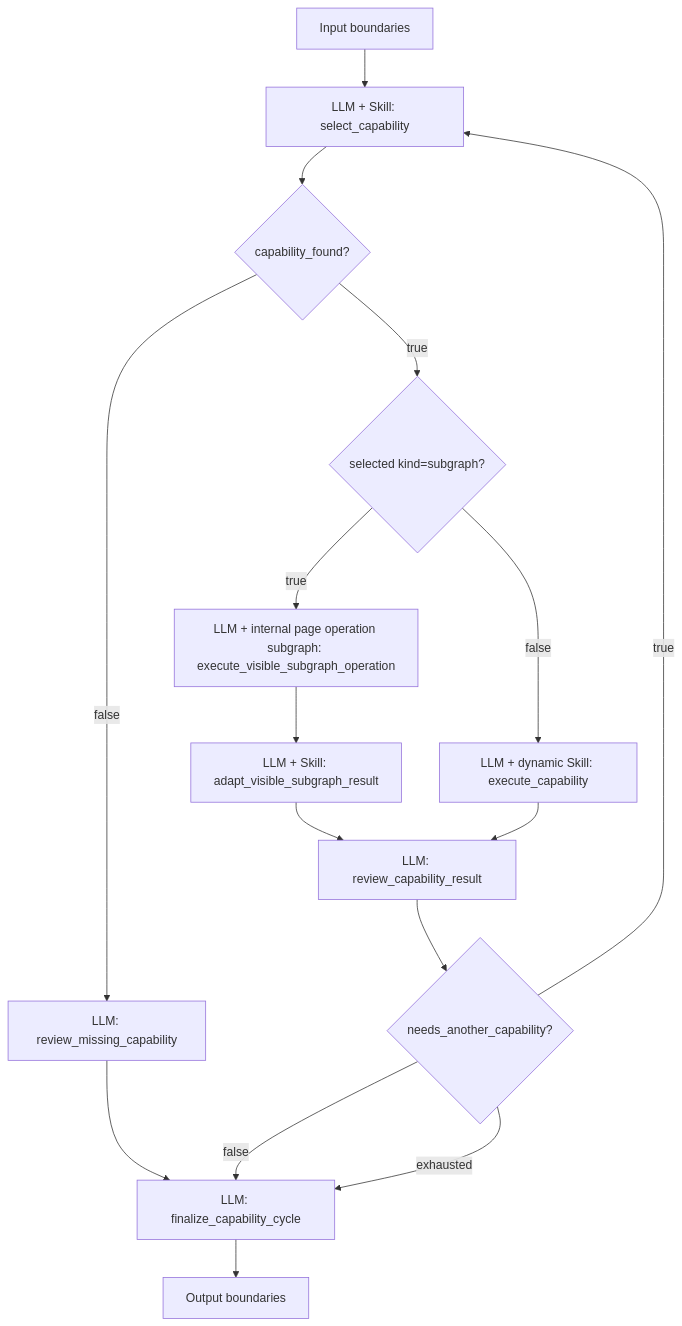
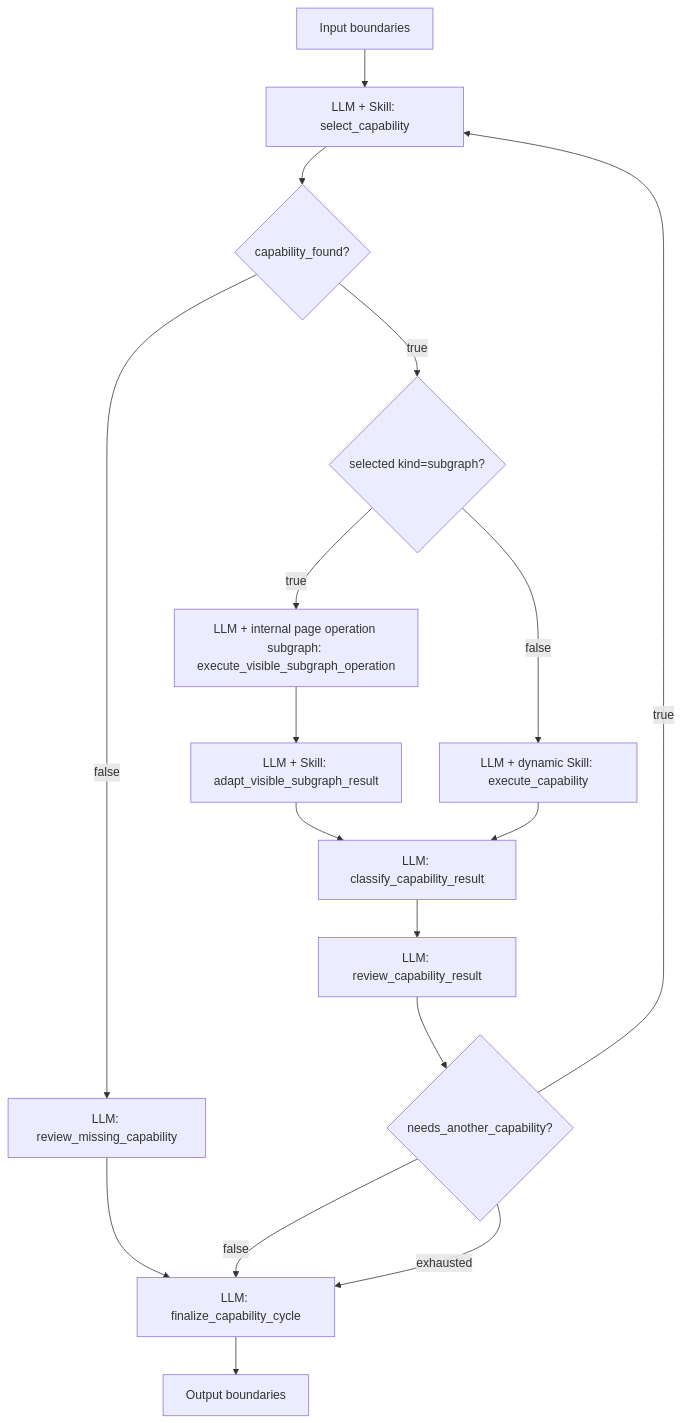
One commit to link-1069/TooGraph changed the fifth of 7 diagrams in docs/future/buddy-autonomous-agent-roadmap.md. Above: the diagram before and after it, drawn with Mermaid. The commit also changed other lines of this file and 1 other file, not shown here.

````diff
--- a/docs/future/buddy-autonomous-agent-roadmap.md
+++ b/docs/future/buddy-autonomous-agent-roadmap.md
@@ -255,18 +371,19 @@
 ```mermaid
 flowchart TD
   A[Input boundaries] --> S[LLM + Skill: select_capability]
   S --> F{capability_found?}
   F -- false --> G[LLM: review_missing_capability]
   G --> Z[LLM: finalize_capability_cycle]
   F -- true --> K{selected kind=subgraph?}
   K -- false --> X[LLM + dynamic Skill: execute_capability]
   K -- true --> V[LLM + internal page operation subgraph: execute_visible_subgraph_operation]
   V --> A2[LLM + Skill: adapt_visible_subgraph_result]
-  A2 --> R[LLM: review_capability_result]
-  X --> R[LLM: review_capability_result]
+  A2 --> Q[LLM: classify_capability_result]
+  X --> Q[LLM: classify_capability_result]
+  Q --> R[LLM: review_capability_result]
   R --> C{needs_another_capability?}
   C -- true --> S
   C -- false --> Z
   C -- exhausted --> Z
   Z --> O[Output boundaries]
 ```
````
